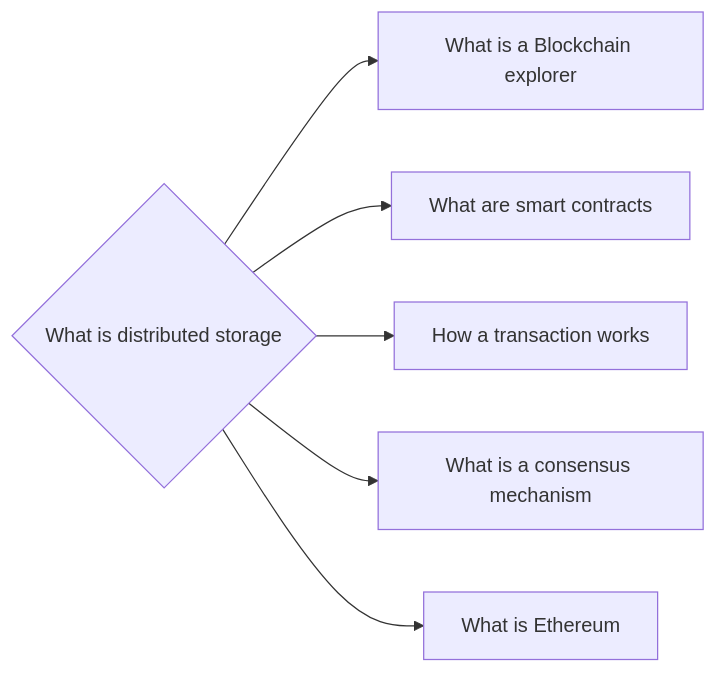
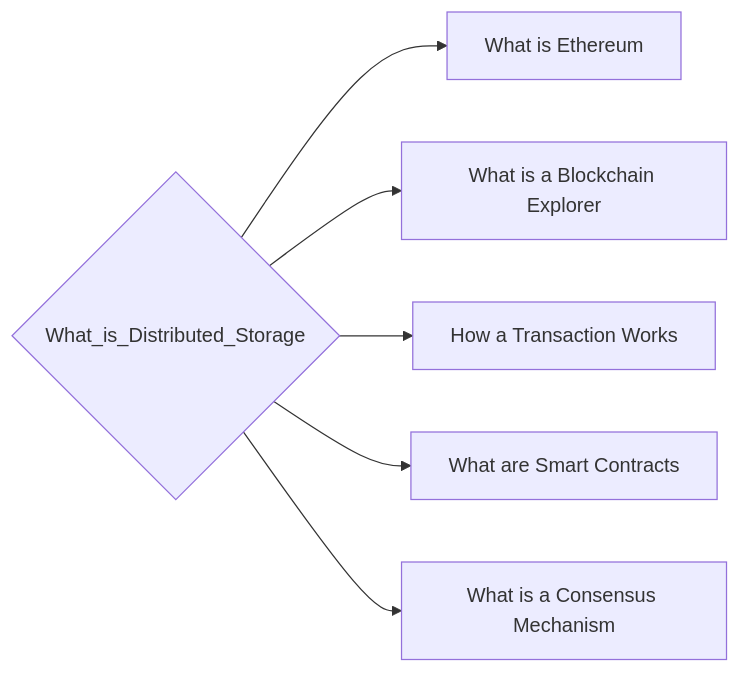
One commit to lpurdy01/crypto-knowledge-map changed the diagram in notes/What_is_Distributed_Storage.md. Above: the diagram before and after it, drawn with Mermaid. The commit also changed 161 other files, not shown here.

````diff
--- a/notes/What_is_Distributed_Storage.md
+++ b/notes/What_is_Distributed_Storage.md
@@ -6,8 +6,8 @@
 ```mermaid
 graph LR
-0{"What is distributed storage"}-->1["What is a Blockchain explorer"]
-0{"What is distributed storage"}-->2["What are smart contracts"]
-0{"What is distributed storage"}-->3["How a transaction works"]
-0{"What is distributed storage"}-->4["What is a consensus mechanism"]
-0{"What is distributed storage"}-->5["What is Ethereum"]
+0{"What_is_Distributed_Storage"}-->1["What is Ethereum"]
+0{"What_is_Distributed_Storage"}-->2["What is a Blockchain Explorer"]
+0{"What_is_Distributed_Storage"}-->3["How a Transaction Works"]
+0{"What_is_Distributed_Storage"}-->4["What are Smart Contracts"]
+0{"What_is_Distributed_Storage"}-->5["What is a Consensus Mechanism"]
 ```
````
